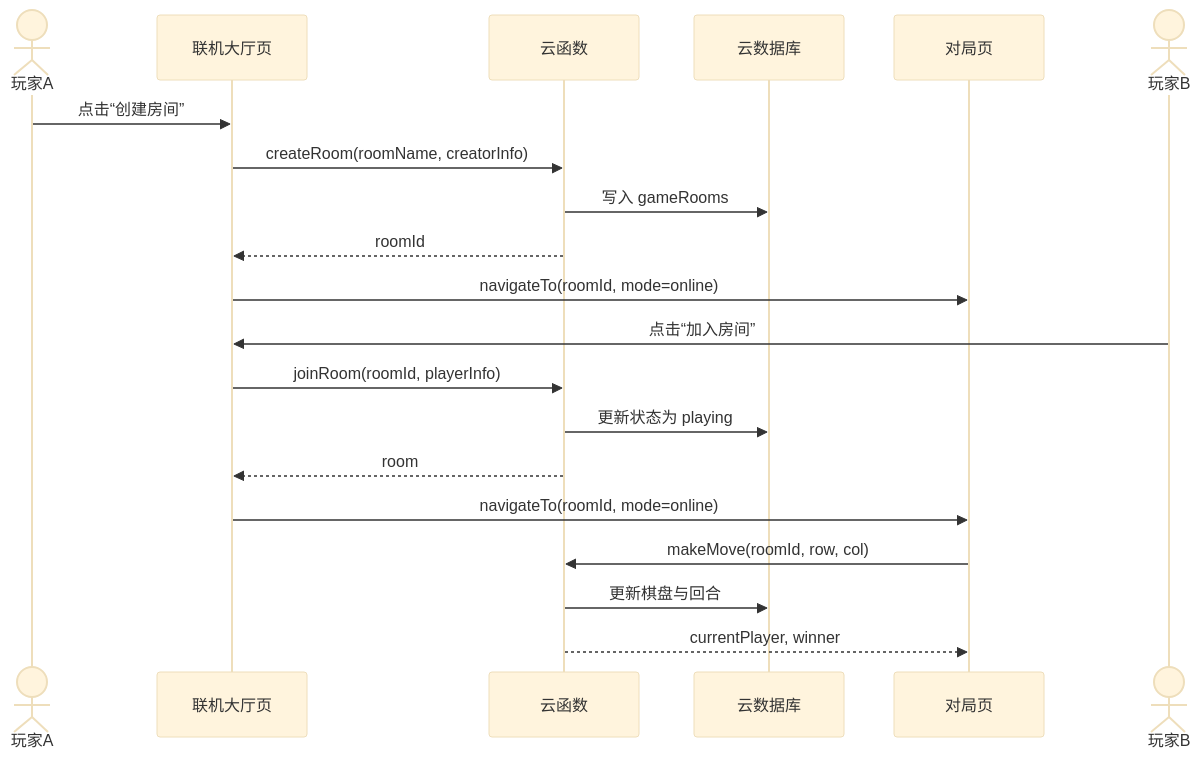
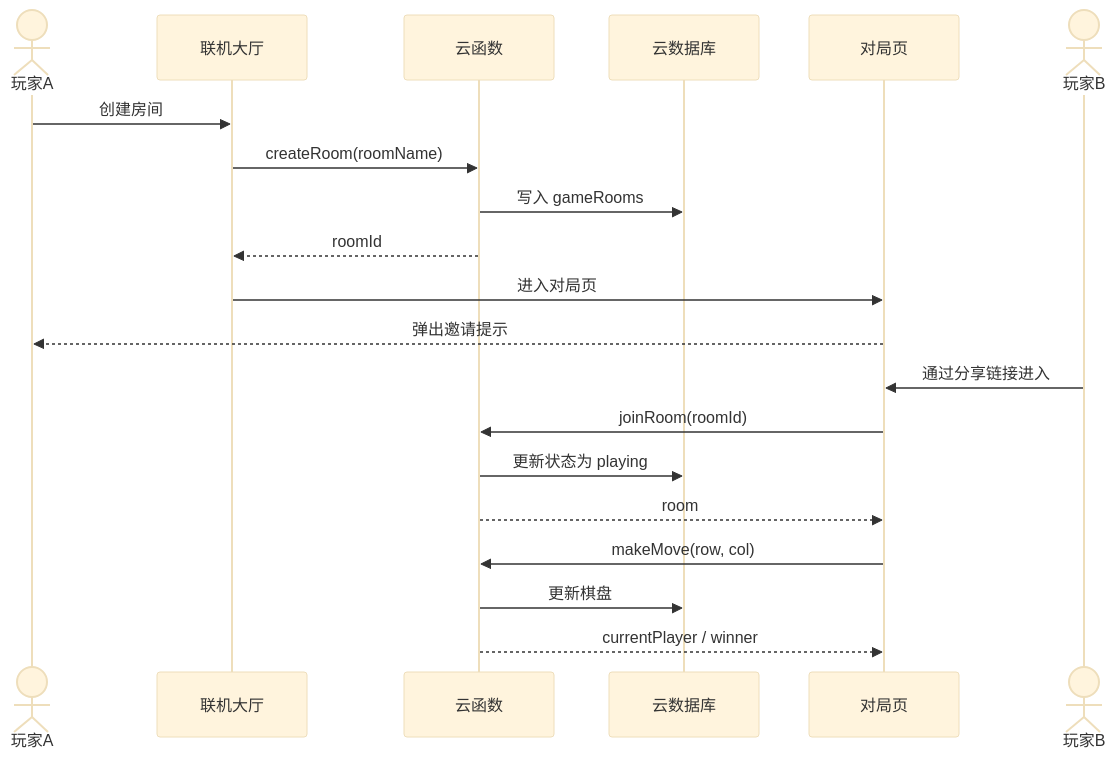
The second of 3 diagrams in .mini-wiki/wiki/index.md (duwenbin0316/wx-game-app), drawn with Mermaid (base theme) before and after one commit. The commit also changed other lines of this file and 5 other files, not shown here.

````diff
--- a/.mini-wiki/wiki/index.md
+++ b/.mini-wiki/wiki/index.md
@@ -54,25 +55,25 @@
 ```mermaid
 sequenceDiagram
   actor 玩家A
-  participant Online as 联机大厅页
+  participant Online as 联机大厅
   participant CF as 云函数
   participant DB as 云数据库
   participant Gomoku as 对局页
   actor 玩家B
 
-  玩家A->>Online: 点击“创建房间”
-  Online->>CF: createRoom(roomName, creatorInfo)
+  玩家A->>Online: 创建房间
+  Online->>CF: createRoom(roomName)
   CF->>DB: 写入 gameRooms
   CF-->>Online: roomId
-  Online->>Gomoku: navigateTo(roomId, mode=online)
+  Online->>Gomoku: 进入对局页
+  Gomoku-->>玩家A: 弹出邀请提示
 
-  玩家B->>Online: 点击“加入房间”
-  Online->>CF: joinRoom(roomId, playerInfo)
+  玩家B->>Gomoku: 通过分享链接进入
+  Gomoku->>CF: joinRoom(roomId)
   CF->>DB: 更新状态为 playing
-  CF-->>Online: room
-  Online->>Gomoku: navigateTo(roomId, mode=online)
+  CF-->>Gomoku: room
 
-  Gomoku->>CF: makeMove(roomId, row, col)
-  CF->>DB: 更新棋盘与回合
-  CF-->>Gomoku: currentPlayer, winner
+  Gomoku->>CF: makeMove(row, col)
+  CF->>DB: 更新棋盘
+  CF-->>Gomoku: currentPlayer / winner
 ```
````
